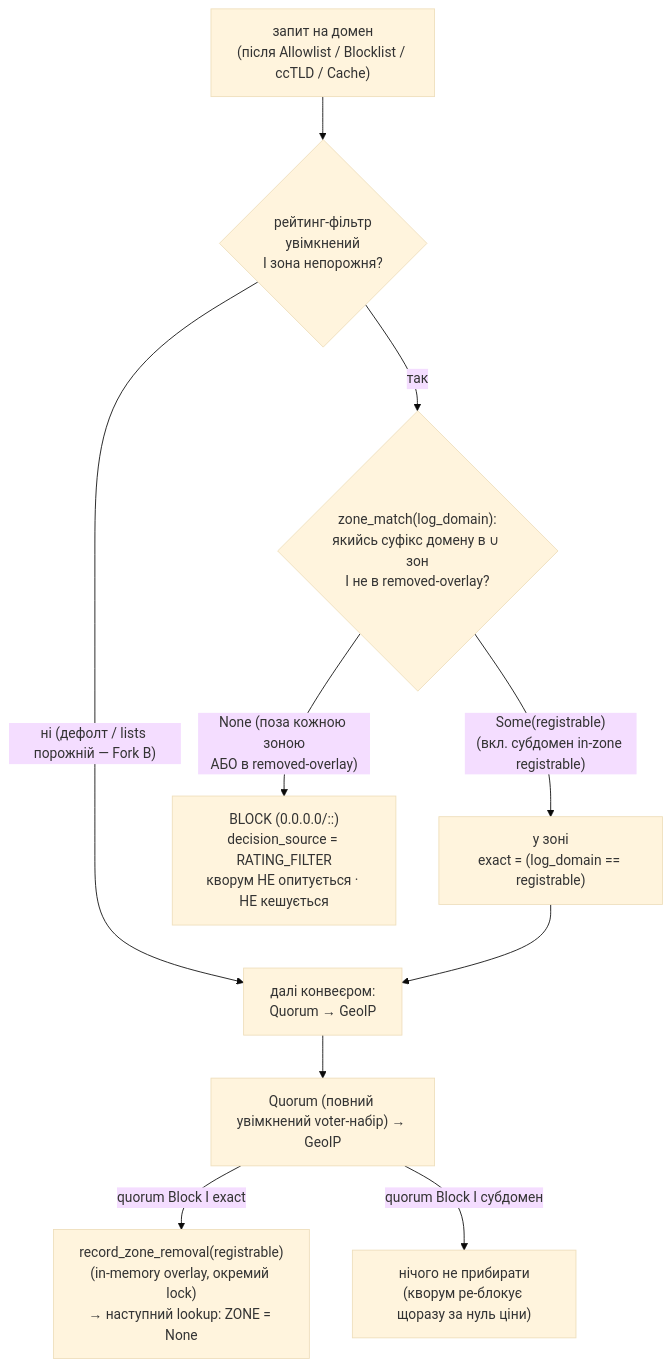
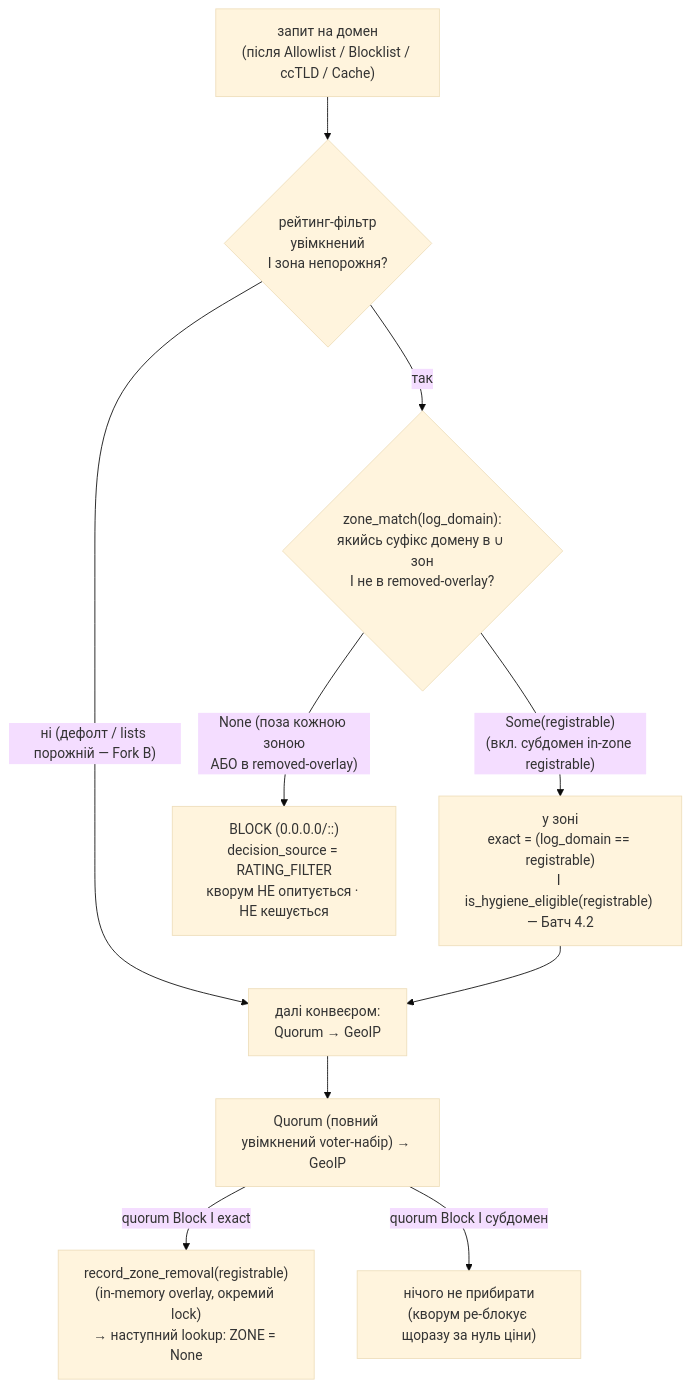
Before and after one commit to user137/dns-quorum-filter: the diagram in diagrams/rating-filter.md, drawn with Mermaid (base theme). The commit also changed other lines of this file and 9 other files, not shown here.

````diff
--- a/diagrams/rating-filter.md
+++ b/diagrams/rating-filter.md
@@ -60,14 +65,14 @@
 ```mermaid
 flowchart TD
     Q["запит на домен<br/>(після Allowlist / Blocklist / ccTLD / Cache)"] --> EN{"рейтинг-фільтр<br/>увімкнений<br/>І зона непорожня?"}
     EN -- "ні (дефолт / lists порожній — Fork B)" --> PASS["далі конвеєром:<br/>Quorum → GeoIP"]
     EN -- "так" --> ZONE{"zone_match(log_domain):<br/>якийсь суфікс домену в ∪ зон<br/>І не в removed-overlay?"}
 
-    ZONE -- "Some(registrable)<br/>(вкл. субдомен in-zone registrable)" --> INZ["у зоні<br/>exact = (log_domain == registrable)"]
+    ZONE -- "Some(registrable)<br/>(вкл. субдомен in-zone registrable)" --> INZ["у зоні<br/>exact = (log_domain == registrable)<br/>І is_hygiene_eligible(registrable) — Батч 4.2"]
     ZONE -- "None (поза кожною зоною<br/>АБО в removed-overlay)" --> OUT["BLOCK (0.0.0.0/::)<br/>decision_source = RATING_FILTER<br/>кворум НЕ опитується · НЕ кешується"]
 
     INZ --> PASS
     PASS --> QUORUM["Quorum (повний увімкнений voter-набір) → GeoIP"]
     QUORUM -- "quorum Block І exact" --> RM["record_zone_removal(registrable)<br/>(in-memory overlay, окремий lock)<br/>→ наступний lookup: ZONE = None"]
     QUORUM -- "quorum Block І субдомен" --> NOOP["нічого не прибирати<br/>(кворум ре-блокує щоразу за нуль ціни)"]
 ```
````
